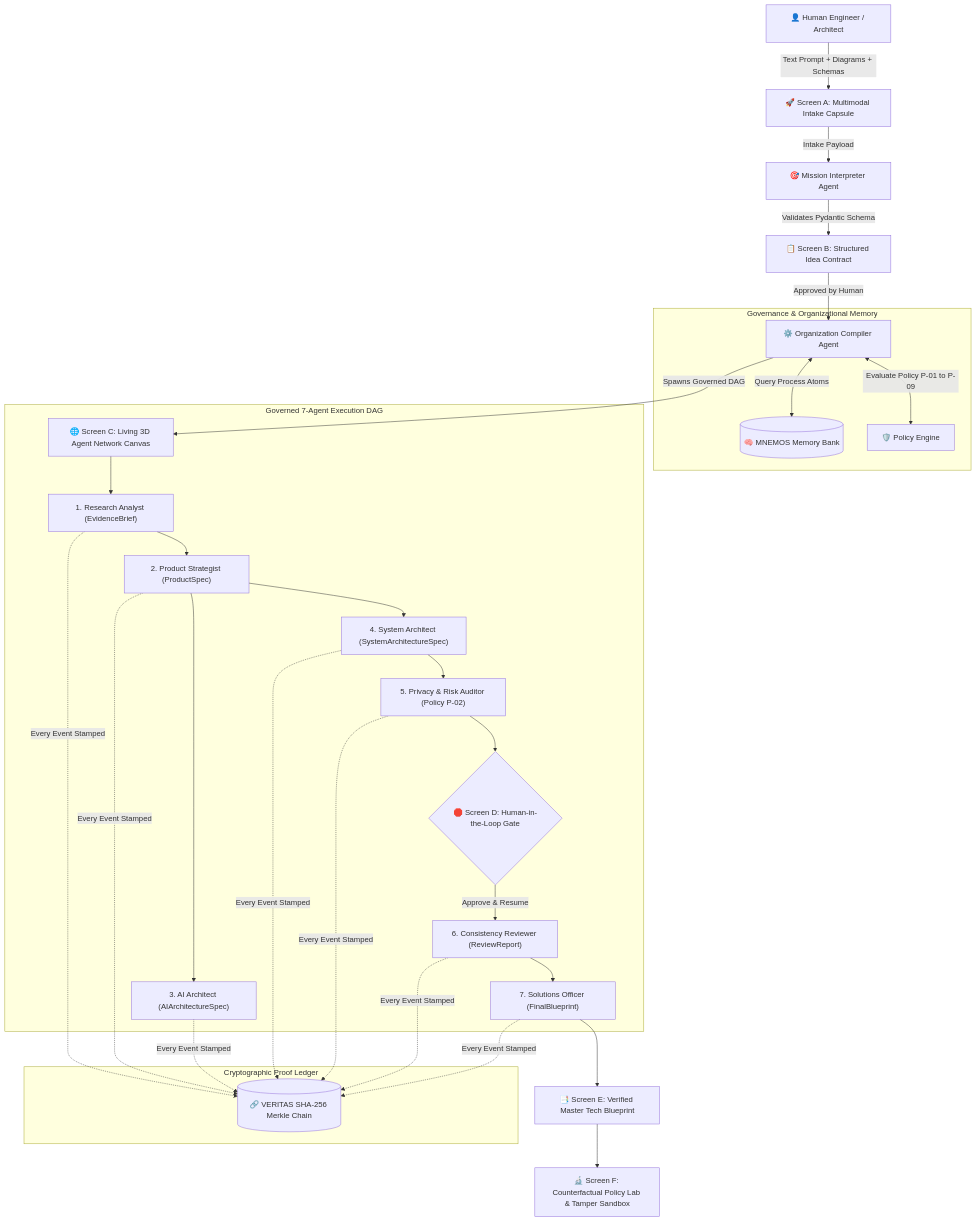
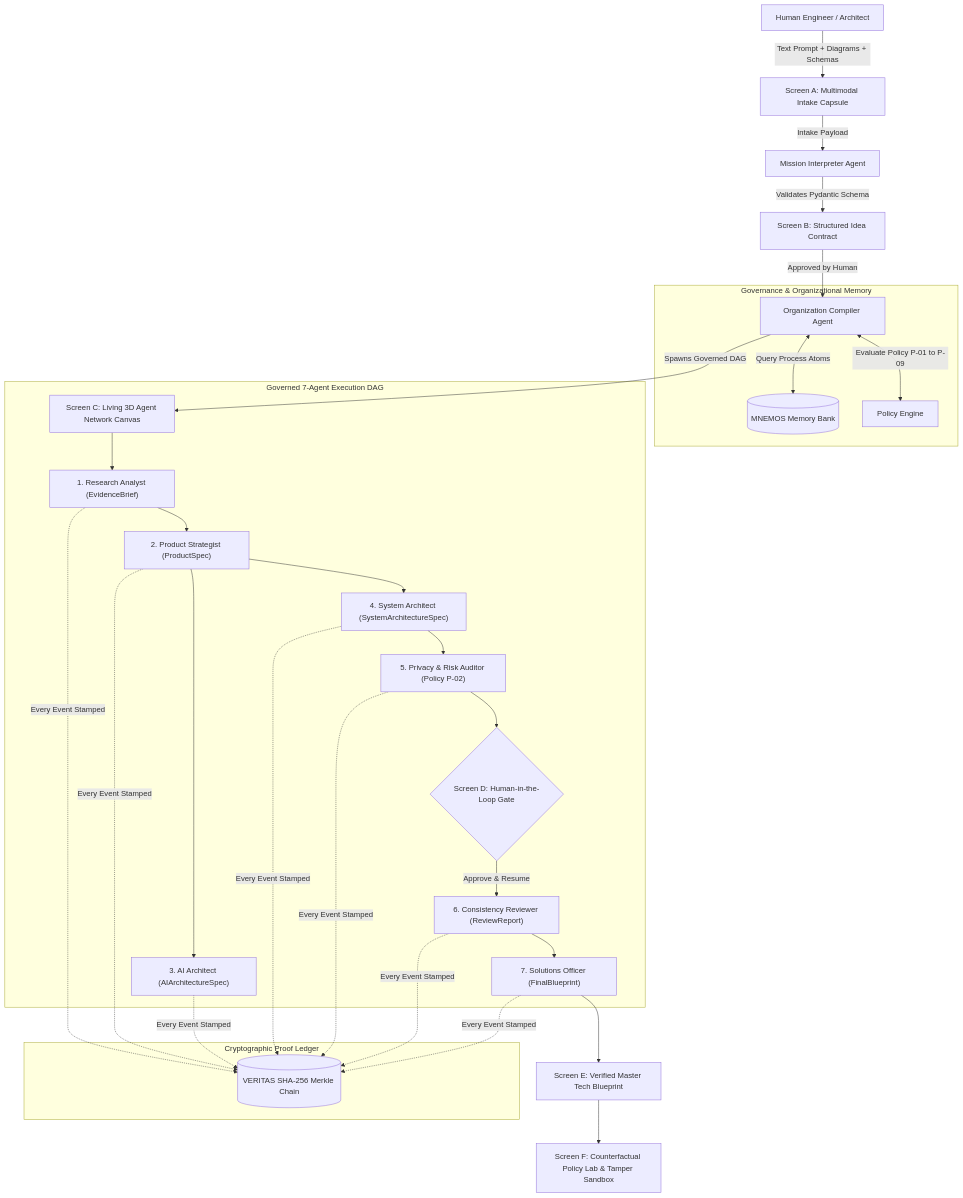
The diagram in README.md (aasish3187/Organisational-Agent), drawn with Mermaid before and after one commit. The commit also changed other lines of this file and 1 other file, not shown here.

````diff
--- a/README.md
+++ b/README.md
@@ -103,33 +103,33 @@
 ```mermaid
 graph TD
-    User["👤 Human Engineer / Architect"] -->|Text Prompt + Diagrams + Schemas| Intake["🚀 Screen A: Multimodal Intake Capsule"]
-    Intake -->|Intake Payload| Interpreter["🎯 Mission Interpreter Agent"]
+    User["Human Engineer / Architect"] -->|Text Prompt + Diagrams + Schemas| Intake["Screen A: Multimodal Intake Capsule"]
+    Intake -->|Intake Payload| Interpreter["Mission Interpreter Agent"]
     
-    Interpreter -->|Validates Pydantic Schema| Contract["📋 Screen B: Structured Idea Contract"]
-    Contract -->|Approved by Human| Compiler["⚙️ Organization Compiler Agent"]
+    Interpreter -->|Validates Pydantic Schema| Contract["Screen B: Structured Idea Contract"]
+    Contract -->|Approved by Human| Compiler["Organization Compiler Agent"]
     
     subgraph Governance & Organizational Memory
-        Compiler <-->|Query Process Atoms| MNEMOS[("🧠 MNEMOS Memory Bank")]
-        Compiler <-->|Evaluate Policy P-01 to P-09| PolicyEngine["🛡️ Policy Engine"]
+        Compiler <-->|Query Process Atoms| MNEMOS[("MNEMOS Memory Bank")]
+        Compiler <-->|Evaluate Policy P-01 to P-09| PolicyEngine["Policy Engine"]
     end
     
-    Compiler -->|Spawns Governed DAG| Canvas["🌐 Screen C: Living 3D Agent Network Canvas"]
+    Compiler -->|Spawns Governed DAG| Canvas["Screen C: Living 3D Agent Network Canvas"]
     
     subgraph Governed 7-Agent Execution DAG
         Canvas --> Ag1["1. Research Analyst (EvidenceBrief)"]
         Ag1 --> Ag2["2. Product Strategist (ProductSpec)"]
         Ag2 --> Ag3["3. AI Architect (AIArchitectureSpec)"]
         Ag2 --> Ag4["4. System Architect (SystemArchitectureSpec)"]
         Ag4 --> Ag5["5. Privacy & Risk Auditor (Policy P-02)"]
-        Ag5 --> Gate{"🛑 Screen D: Human-in-the-Loop Gate"}
+        Ag5 --> Gate{"Screen D: Human-in-the-Loop Gate"}
         Gate -- "Approve & Resume" --> Ag6["6. Consistency Reviewer (ReviewReport)"]
         Ag6 --> Ag7["7. Solutions Officer (FinalBlueprint)"]
     end
     
     subgraph Cryptographic Proof Ledger
-        Ag1 & Ag2 & Ag3 & Ag4 & Ag5 & Ag6 & Ag7 -.->|Every Event Stamped| VERITAS[("🔗 VERITAS SHA-256 Merkle Chain")]
+        Ag1 & Ag2 & Ag3 & Ag4 & Ag5 & Ag6 & Ag7 -.->|Every Event Stamped| VERITAS[("VERITAS SHA-256 Merkle Chain")]
     end
     
-    Ag7 --> Blueprint["📑 Screen E: Verified Master Tech Blueprint"]
-    Blueprint --> Lab["🔬 Screen F: Counterfactual Policy Lab & Tamper Sandbox"]
+    Ag7 --> Blueprint["Screen E: Verified Master Tech Blueprint"]
+    Blueprint --> Lab["Screen F: Counterfactual Policy Lab & Tamper Sandbox"]
 ```
````
